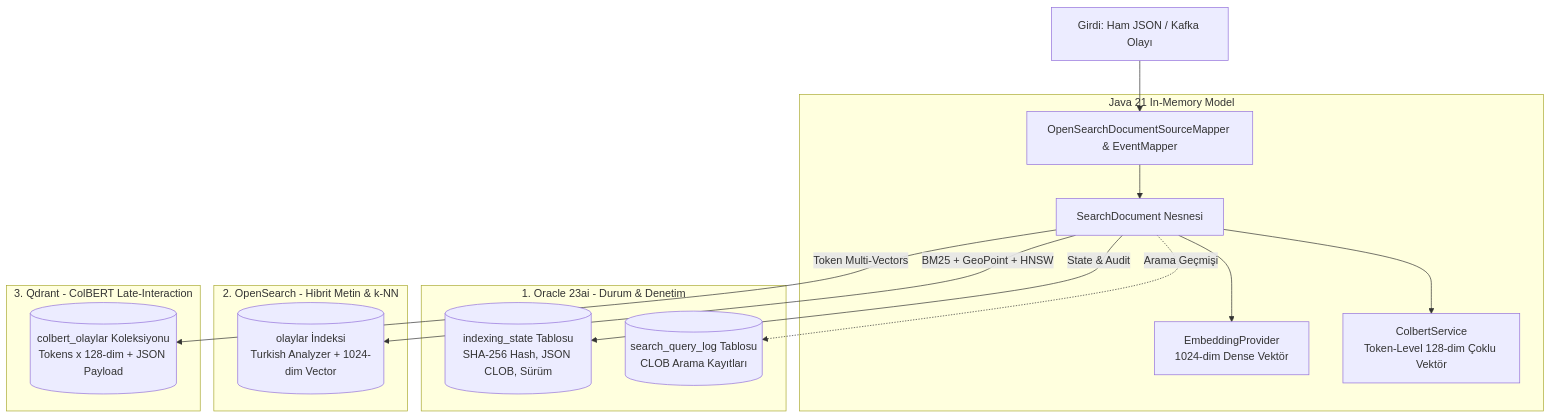
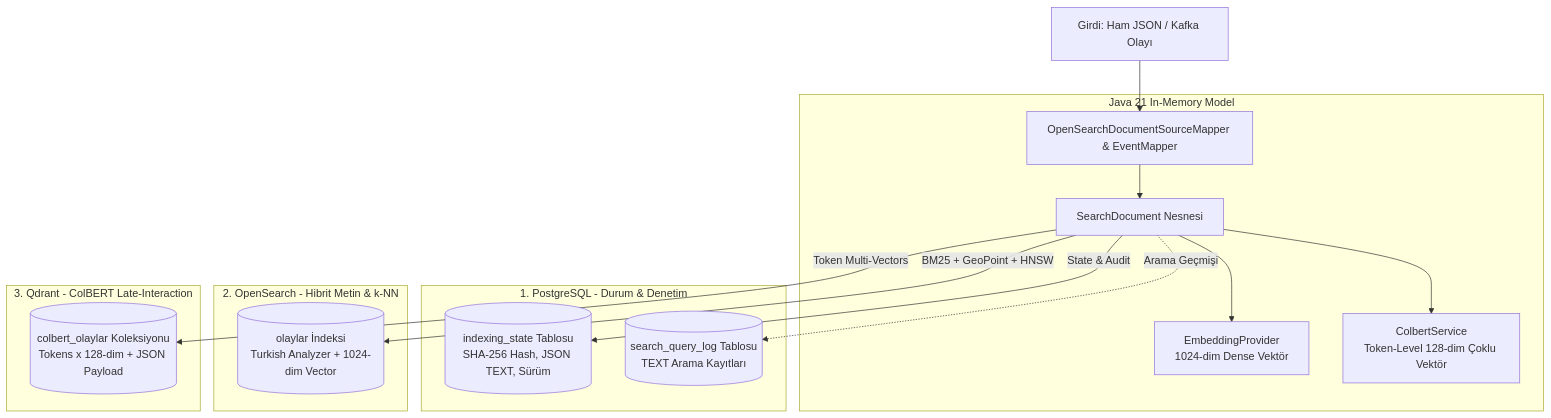
The diagram in VERI_DEPOLAMA_MIMARISI_README.md (muhammetcetinalp/semantic-seacrh), drawn with Mermaid before and after one commit. The commit also changed other lines of this file and 147 other files, not shown here.

````diff
--- a/VERI_DEPOLAMA_MIMARISI_README.md
+++ b/VERI_DEPOLAMA_MIMARISI_README.md
@@ -16,23 +16,23 @@
 ```mermaid
 flowchart TD
     Raw[Girdi: Ham JSON / Kafka Olayı] --> Mapper[OpenSearchDocumentSourceMapper & EventMapper]
     
     subgraph Bellek [Java 21 In-Memory Model]
         Mapper --> Doc[SearchDocument Nesnesi]
         Doc --> EmbeddingGen[EmbeddingProvider<br/>1024-dim Dense Vektör]
         Doc --> ColbertGen[ColbertService<br/>Token-Level 128-dim Çoklu Vektör]
     end
 
-    subgraph DB1 [1. Oracle 23ai - Durum & Denetim]
-        Doc -->|State & Audit| OraState[(indexing_state Tablosu<br/>SHA-256 Hash, JSON CLOB, Sürüm)]
-        Doc -.->|Arama Geçmişi| OraLog[(search_query_log Tablosu<br/>CLOB Arama Kayıtları)]
+    subgraph DB1 [1. PostgreSQL - Durum & Denetim]
+        Doc -->|State & Audit| PgState[(indexing_state Tablosu<br/>SHA-256 Hash, JSON TEXT, Sürüm)]
+        Doc -.->|Arama Geçmişi| PgLog[(search_query_log Tablosu<br/>TEXT Arama Kayıtları)]
     end
 
     subgraph DB2 [2. OpenSearch - Hibrit Metin & k-NN]
         Doc -->|BM25 + GeoPoint + HNSW| OSIndex[(olaylar İndeksi<br/>Turkish Analyzer + 1024-dim Vector)]
     end
 
     subgraph DB3 [3. Qdrant - ColBERT Late-Interaction]
         Doc -->|Token Multi-Vectors| QdrantCol[(colbert_olaylar Koleksiyonu<br/>Tokens x 128-dim + JSON Payload)]
     end
 ```
````
